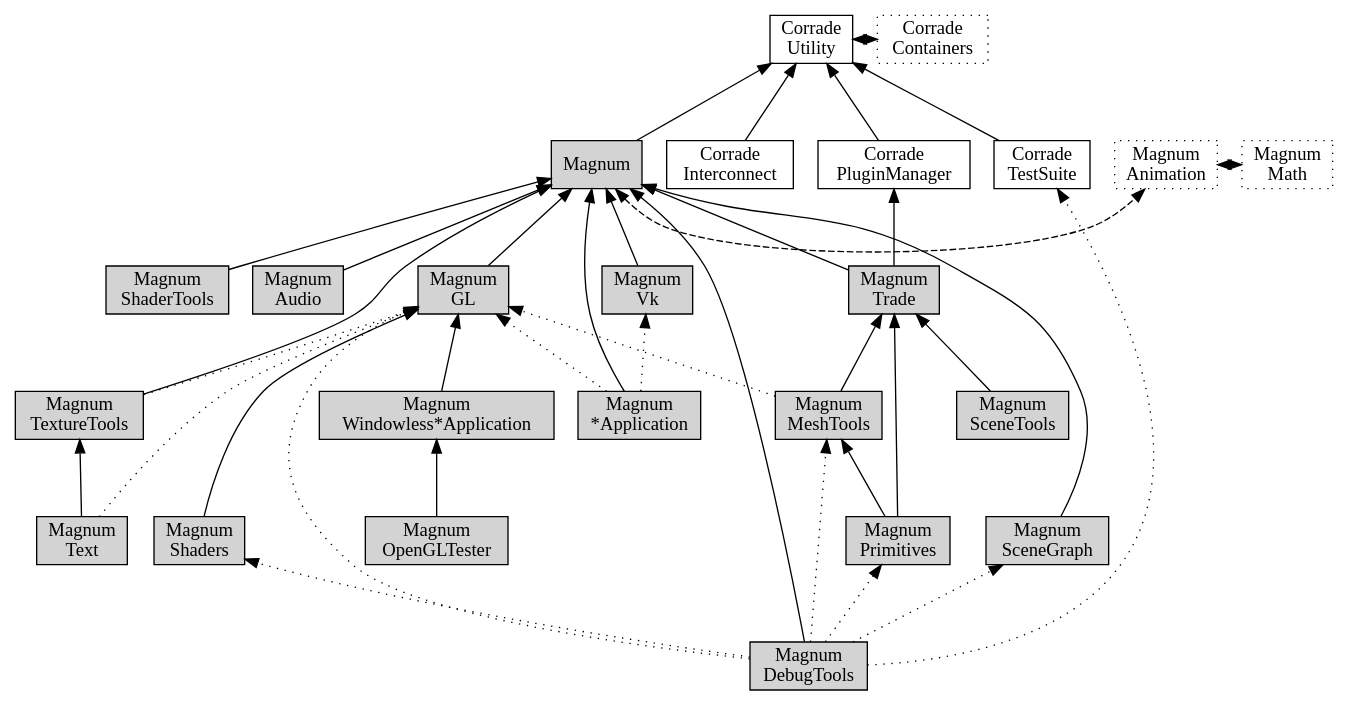
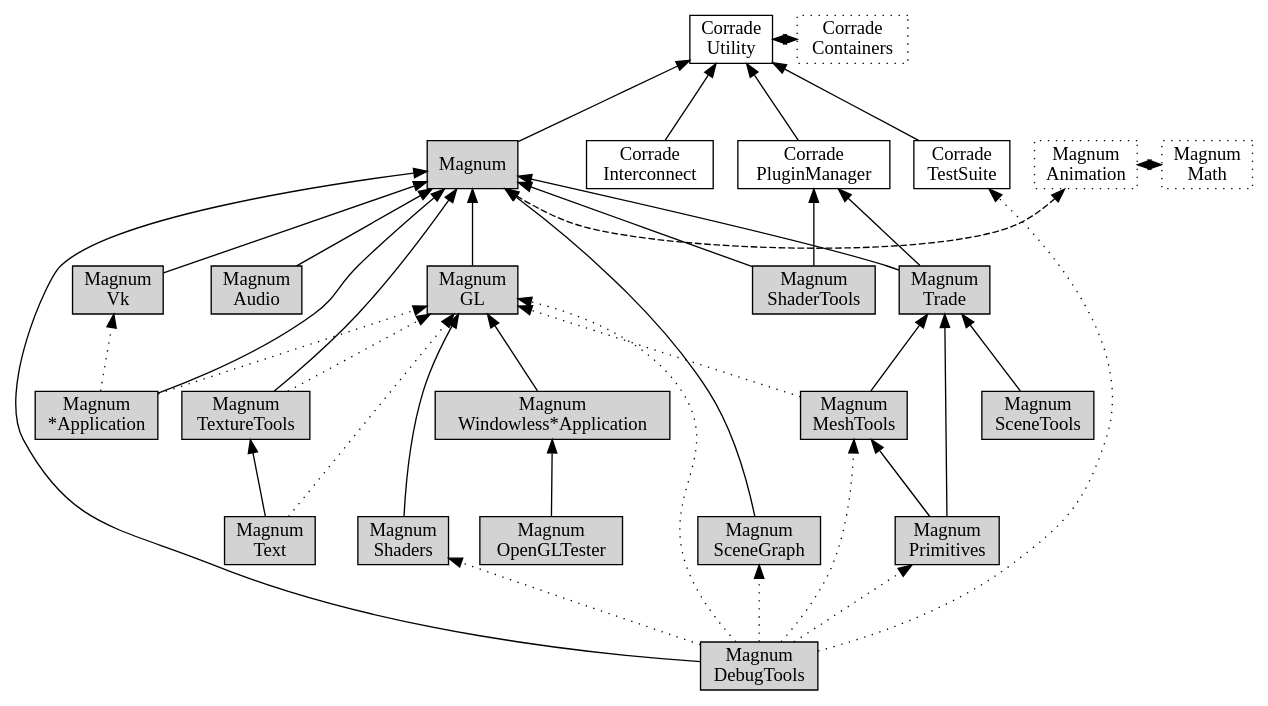
Before and after one commit to mosra/magnum: the diagram in doc/custom-buildsystems-order.dot, drawn with Graphviz.

Commit message:
doc: properly visualize dependency of ShaderTools on PluginManager.

```diff
--- a/doc/custom-buildsystems-order.dot
+++ b/doc/custom-buildsystems-order.dot
@@ -1,110 +1,111 @@
 /*
     This file is part of Magnum.
 
     Copyright © 2010, 2011, 2012, 2013, 2014, 2015, 2016, 2017, 2018, 2019,
                 2020, 2021, 2022 Vladimír Vondruš <mosra@centrum.cz>
 
     Permission is hereby granted, free of charge, to any person obtaining a
     copy of this software and associated documentation files (the "Software"),
     to deal in the Software without restriction, including without limitation
     the rights to use, copy, modify, merge, publish, distribute, sublicense,
     and/or sell copies of the Software, and to permit persons to whom the
     Software is furnished to do so, subject to the following conditions:
 
     The above copyright notice and this permission notice shall be included
     in all copies or substantial portions of the Software.
 
     THE SOFTWARE IS PROVIDED "AS IS", WITHOUT WARRANTY OF ANY KIND, EXPRESS OR
     IMPLIED, INCLUDING BUT NOT LIMITED TO THE WARRANTIES OF MERCHANTABILITY,
     FITNESS FOR A PARTICULAR PURPOSE AND NONINFRINGEMENT. IN NO EVENT SHALL
     THE AUTHORS OR COPYRIGHT HOLDERS BE LIABLE FOR ANY CLAIM, DAMAGES OR OTHER
     LIABILITY, WHETHER IN AN ACTION OF CONTRACT, TORT OR OTHERWISE, ARISING
     FROM, OUT OF OR IN CONNECTION WITH THE SOFTWARE OR THE USE OR OTHER
     DEALINGS IN THE SOFTWARE.
 */
 
 digraph "Magnum library dependency order" {
     rankdir=BT
     ranksep=0.8
     node [style=filled shape=rect margin="0.03,0.03"]
 
     CorradeUtility [style=solid label="Corrade\nUtility" class="m-primary"]
     CorradeContainers [style=solid label="Corrade\nContainers" class="m-primary" style=dotted]
     CorradePluginManager [style=solid label="Corrade\nPluginManager" class="m-info"]
     CorradeInterconnect [style=solid label="Corrade\nInterconnect" class="m-info"]
     CorradeTestSuite [style=solid label="Corrade\nTestSuite" class="m-info"]
 
     Magnum [class="m-primary"]
     MagnumAnimation [label="Magnum\nAnimation" class="m-primary" style=dotted]
     MagnumAudio [label="Magnum\nAudio" class="m-info"]
     MagnumDebugTools [label="Magnum\nDebugTools" class="m-info"]
     MagnumGL [label="Magnum\nGL" class="m-info"]
     MagnumMath [label="Magnum\nMath" class="m-primary" style=dotted]
     MagnumMeshTools [label="Magnum\nMeshTools" class="m-info"]
     MagnumOpenGLTester [label="Magnum\nOpenGLTester" class="m-info"]
     MagnumPrimitives [label="Magnum\nPrimitives" class="m-info"]
     MagnumSceneGraph [label="Magnum\nSceneGraph" class="m-info"]
     MagnumSceneTools [label="Magnum\nSceneTools" class="m-info"]
     MagnumShaders [label="Magnum\nShaders" class="m-info"]
     MagnumShaderTools [label="Magnum\nShaderTools" class="m-info"]
     MagnumText [label="Magnum\nText" class="m-info"]
     MagnumTextureTools [label="Magnum\nTextureTools" class="m-info"]
     MagnumTrade [label="Magnum\nTrade" class="m-info"]
     MagnumVk [label="Magnum\nVk" class="m-info"]
 
     MagnumApplication [label="Magnum\n*Application" class="m-info"]
     MagnumWindowlessApplication [label="Magnum\nWindowless*Application" class="m-info"]
 
     CorradeUtility -> CorradeContainers [dir=both style=dashed class="m-primary"]
     {rank=same CorradeUtility CorradeContainers}
     CorradePluginManager -> CorradeUtility [class="m-info"]
     CorradeInterconnect -> CorradeUtility [class="m-info"]
     CorradeTestSuite -> CorradeUtility [class="m-info"]
 
     {rank=same Magnum -> MagnumAnimation -> MagnumMath [dir=both style=dashed]}
     Magnum -> CorradeUtility
 
     MagnumAudio -> Magnum
 
     MagnumDebugTools -> CorradeTestSuite [style=dotted]
     MagnumDebugTools -> Magnum
     MagnumDebugTools -> MagnumGL [style=dotted]
     MagnumDebugTools -> MagnumMeshTools [style=dotted]
     MagnumDebugTools -> MagnumPrimitives [style=dotted]
     MagnumDebugTools -> MagnumShaders [style=dotted]
     MagnumDebugTools -> MagnumSceneGraph [style=dotted]
 
     MagnumGL -> Magnum
 
     MagnumMeshTools -> MagnumTrade
     MagnumMeshTools -> MagnumGL [style=dotted]
 
     MagnumOpenGLTester -> MagnumWindowlessApplication
 
     MagnumPrimitives -> MagnumMeshTools
     MagnumPrimitives -> MagnumTrade
 
     MagnumSceneTools -> MagnumTrade
 
     MagnumSceneGraph -> Magnum
 
     MagnumShaders -> MagnumGL
     MagnumShaderTools -> Magnum
+    MagnumShaderTools -> CorradePluginManager
 
     MagnumText -> MagnumTextureTools
     MagnumText -> MagnumGL [style=dotted]
 
     MagnumTextureTools -> Magnum
     MagnumTextureTools -> MagnumGL [style=dotted]
 
     MagnumTrade -> Magnum
     MagnumTrade -> CorradePluginManager
 
     MagnumVk -> Magnum
 
     MagnumApplication -> Magnum
     MagnumApplication -> MagnumGL [style=dotted]
     MagnumApplication -> MagnumVk [style=dotted]
 
     MagnumWindowlessApplication -> MagnumGL
 }
```
